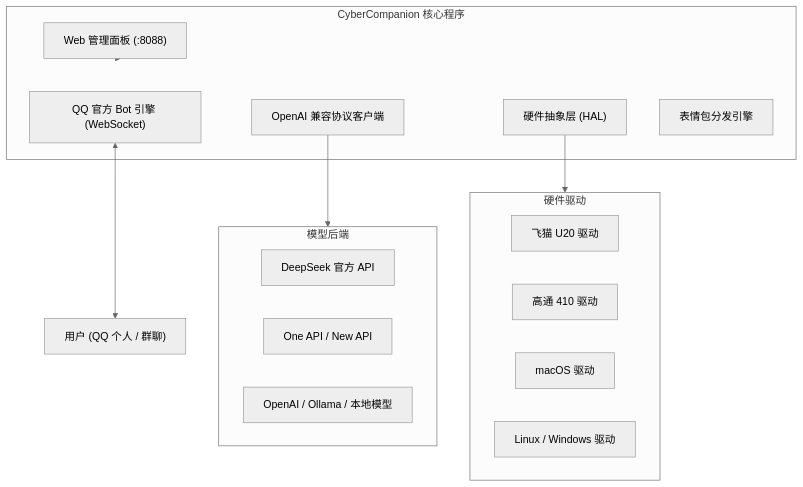
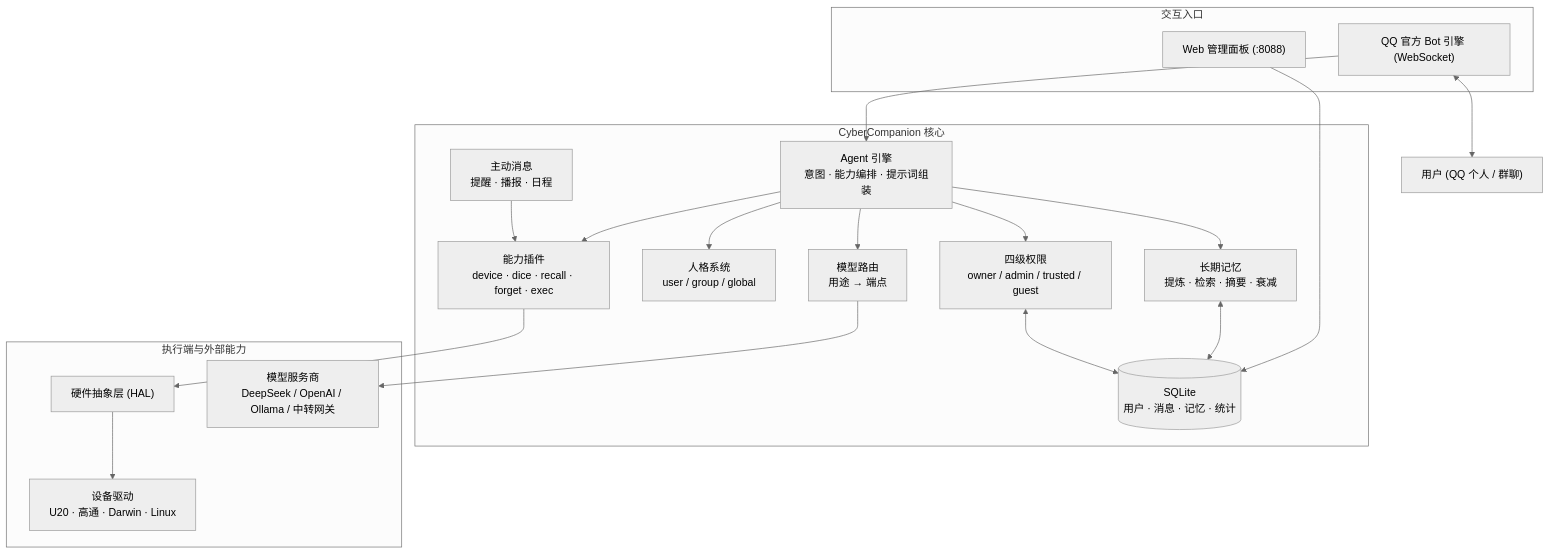
Before and after one commit to Elysia-SHY/CyberCompanion: the diagram in README.md, drawn with Mermaid (neutral theme). The commit also changed other lines of this file and 53 other files, not shown here.

First line of the commit message:
feat: 长期记忆 + SQLite 持久层 + 插件/Agent/MCP 分层 + 多模型路由

````diff
--- a/README.md
+++ b/README.md
@@ -49,28 +56,39 @@
 ```mermaid
 flowchart TD
-    subgraph Core ["CyberCompanion 核心程序"]
+    subgraph Entry ["交互入口"]
+        QQEngine["QQ 官方 Bot 引擎 (WebSocket)"]
         WebUI["Web 管理面板 (:8088)"]
-        QQEngine["QQ 官方 Bot 引擎 (WebSocket)"]
-        LLMDriver["OpenAI 兼容协议客户端"]
-        HAL["硬件抽象层 (HAL)"]
-        Stickers["表情包分发引擎"]
     end
 
-    subgraph Drivers ["硬件驱动"]
-        U20Driver["飞猫 U20 驱动"]
-        QcomDriver["高通 410 驱动"]
-        DarwinDriver["macOS 驱动"]
-        GenericDriver["Linux / Windows 驱动"]
+    subgraph Core ["CyberCompanion 核心"]
+        Agent["Agent 引擎<br/>意图 · 能力编排 · 提示词组装"]
+        Memory["长期记忆<br/>提炼 · 检索 · 摘要 · 衰减"]
+        Persona["人格系统<br/>user / group / global"]
+        Perm["四级权限<br/>owner / admin / trusted / guest"]
+        Router["模型路由<br/>用途 → 端点"]
+        Plugins["能力插件<br/>device · dice · recall · forget · exec"]
+        Sched["主动消息<br/>提醒 · 播报 · 日程"]
+        Store[("SQLite<br/>用户 · 消息 · 记忆 · 统计")]
     end
 
-    subgraph Backends ["模型后端"]
-        DeepSeek["DeepSeek 官方 API"]
-        OneAPI["One API / New API"]
-        OpenAICompat["OpenAI / Ollama / 本地模型"]
+    subgraph Infra ["执行端与外部能力"]
+        HAL["硬件抽象层 (HAL)"]
+        Providers["模型服务商<br/>DeepSeek / OpenAI / Ollama / 中转网关"]
+        Drivers["设备驱动<br/>U20 · 高通 · Darwin · Linux"]
     end
 
+    QQEngine --> Agent
+    WebUI --> Store
+    Agent --> Memory
+    Agent --> Persona
+    Agent --> Perm
+    Agent --> Plugins
+    Agent --> Router
+    Sched --> Plugins
+    Memory <--> Store
+    Perm <--> Store
+    Plugins --> HAL
+    Router --> Providers
     HAL --> Drivers
-    LLMDriver --> Backends
-    WebUI --> Core
     QQEngine <--> User["用户 (QQ 个人 / 群聊)"]
 ```
````
